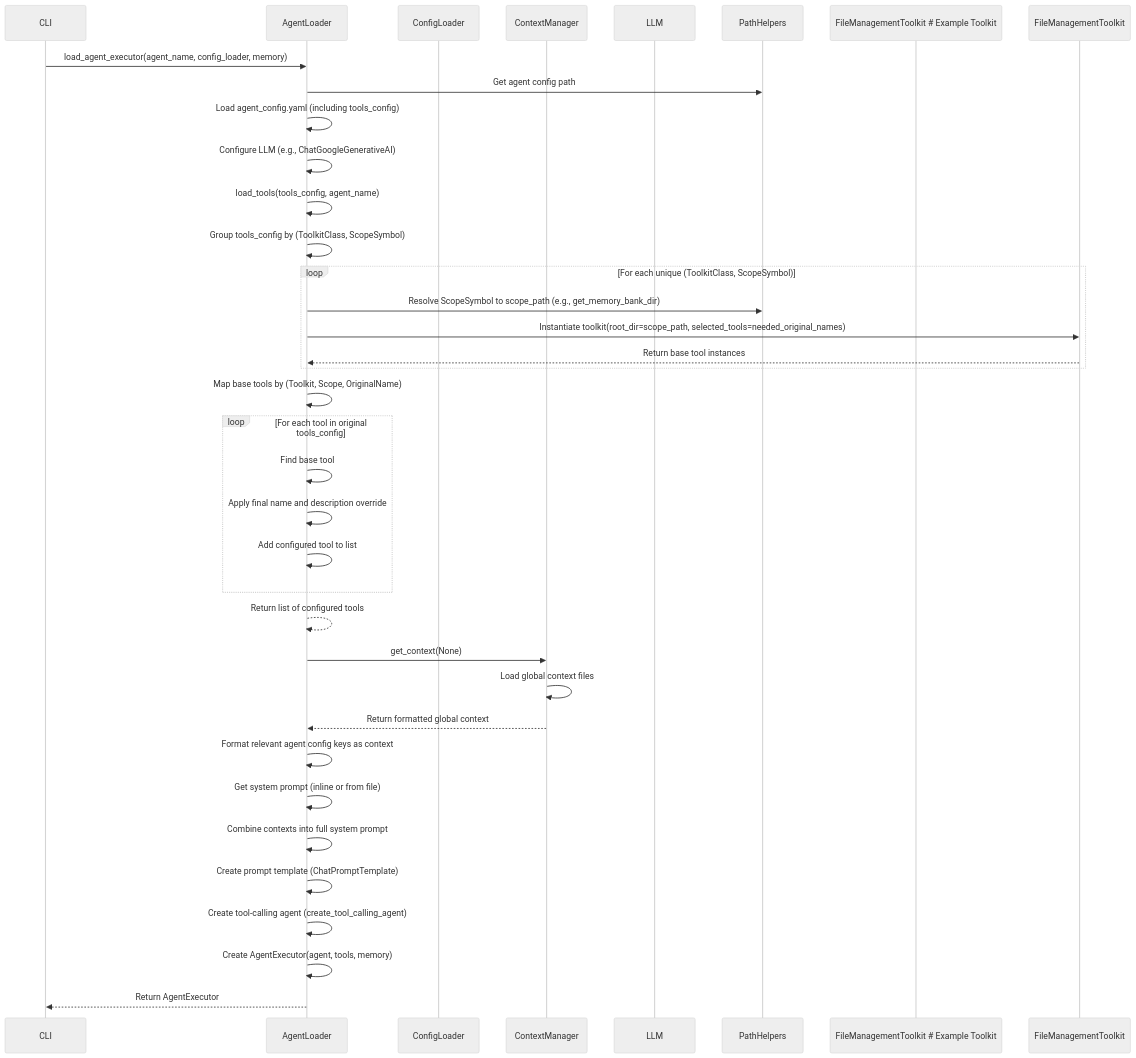
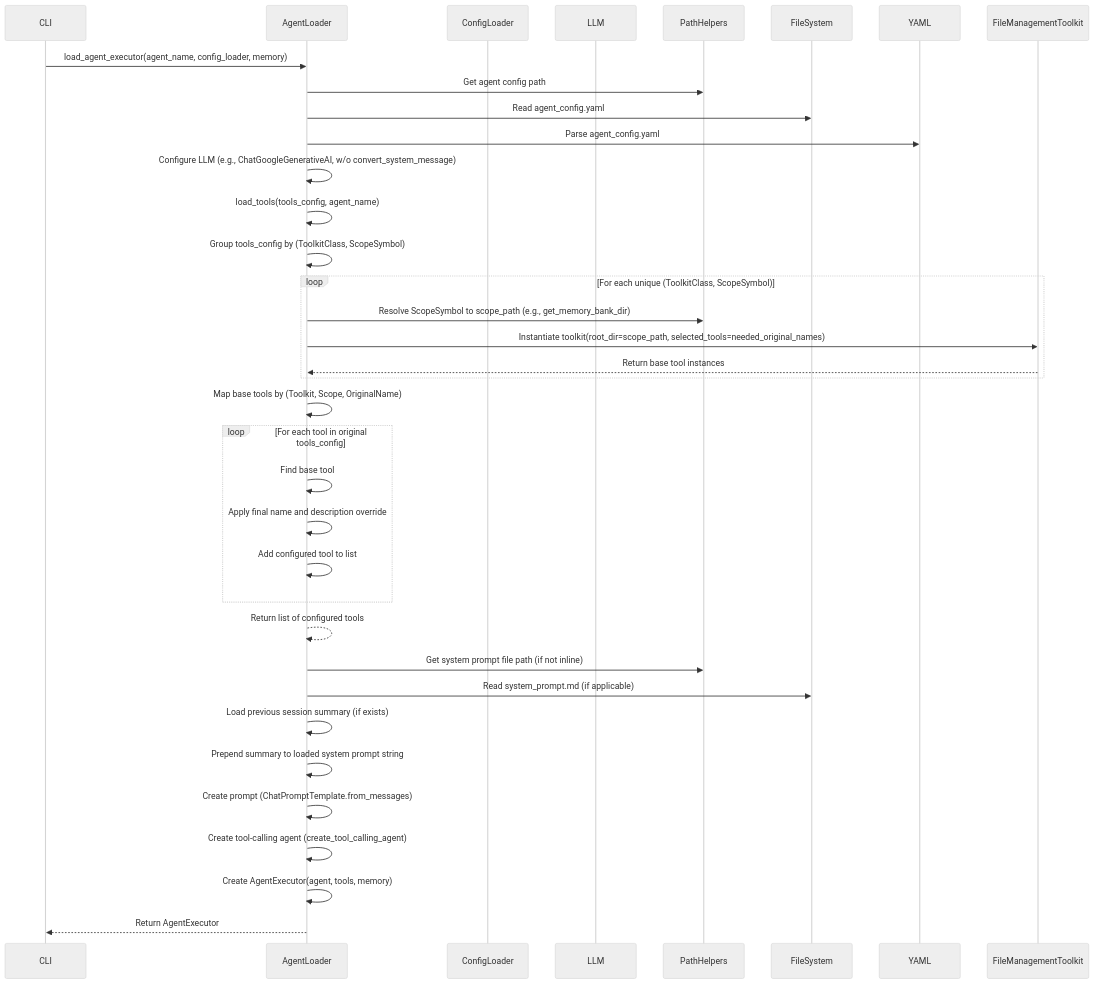
One commit to tim-o-private/llm-agent changed the fourth of 6 diagrams in memory-bank/systemPatterns.md. Above: the diagram before and after it, drawn with Mermaid (neutral theme). The commit also changed other lines of this file and 17 other files, not shown here.

````diff
--- a/memory-bank/systemPatterns.md
+++ b/memory-bank/systemPatterns.md
@@ -183,39 +184,37 @@
 ```mermaid
 sequenceDiagram
     participant CLI
     participant AgentLoader
     participant ConfigLoader
-    participant ContextManager
     participant LLM
     participant PathHelpers
-    participant FileManagementToolkit # Example Toolkit
+    participant FileSystem
     
     CLI->>AgentLoader: load_agent_executor(agent_name, config_loader, memory)
     AgentLoader->>PathHelpers: Get agent config path
-    AgentLoader->>AgentLoader: Load agent_config.yaml (including tools_config)
-    AgentLoader->>AgentLoader: Configure LLM (e.g., ChatGoogleGenerativeAI)
+    AgentLoader->>FileSystem: Read agent_config.yaml
+    AgentLoader->>YAML: Parse agent_config.yaml
+    AgentLoader->>AgentLoader: Configure LLM (e.g., ChatGoogleGenerativeAI, w/o convert_system_message)
     AgentLoader->>AgentLoader: load_tools(tools_config, agent_name)
         AgentLoader->>AgentLoader: Group tools_config by (ToolkitClass, ScopeSymbol)
         loop For each unique (ToolkitClass, ScopeSymbol)
             AgentLoader->>PathHelpers: Resolve ScopeSymbol to scope_path (e.g., get_memory_bank_dir)
             AgentLoader->>FileManagementToolkit: Instantiate toolkit(root_dir=scope_path, selected_tools=needed_original_names)
             FileManagementToolkit-->>AgentLoader: Return base tool instances
         end
         AgentLoader->>AgentLoader: Map base tools by (Toolkit, Scope, OriginalName)
         loop For each tool in original tools_config
             AgentLoader->>AgentLoader: Find base tool
             AgentLoader->>AgentLoader: Apply final name and description override
             AgentLoader->>AgentLoader: Add configured tool to list
         end
     AgentLoader-->>AgentLoader: Return list of configured tools
-    AgentLoader->>ContextManager: get_context(None) # Global context
-    ContextManager->>ContextManager: Load global context files
-    ContextManager-->>AgentLoader: Return formatted global context
-    AgentLoader->>AgentLoader: Format relevant agent config keys as context
-    AgentLoader->>AgentLoader: Get system prompt (inline or from file)
-    AgentLoader->>AgentLoader: Combine contexts into full system prompt
-    AgentLoader->>AgentLoader: Create prompt template (ChatPromptTemplate)
+    AgentLoader->>PathHelpers: Get system prompt file path (if not inline)
+    AgentLoader->>FileSystem: Read system_prompt.md (if applicable)
+    AgentLoader->>AgentLoader: Load previous session summary (if exists)
+    AgentLoader->>AgentLoader: Prepend summary to loaded system prompt string
+    AgentLoader->>AgentLoader: Create prompt (ChatPromptTemplate.from_messages)
     AgentLoader->>AgentLoader: Create tool-calling agent (create_tool_calling_agent)
     AgentLoader->>AgentLoader: Create AgentExecutor(agent, tools, memory)
     AgentLoader-->>CLI: Return AgentExecutor
 ```
````
